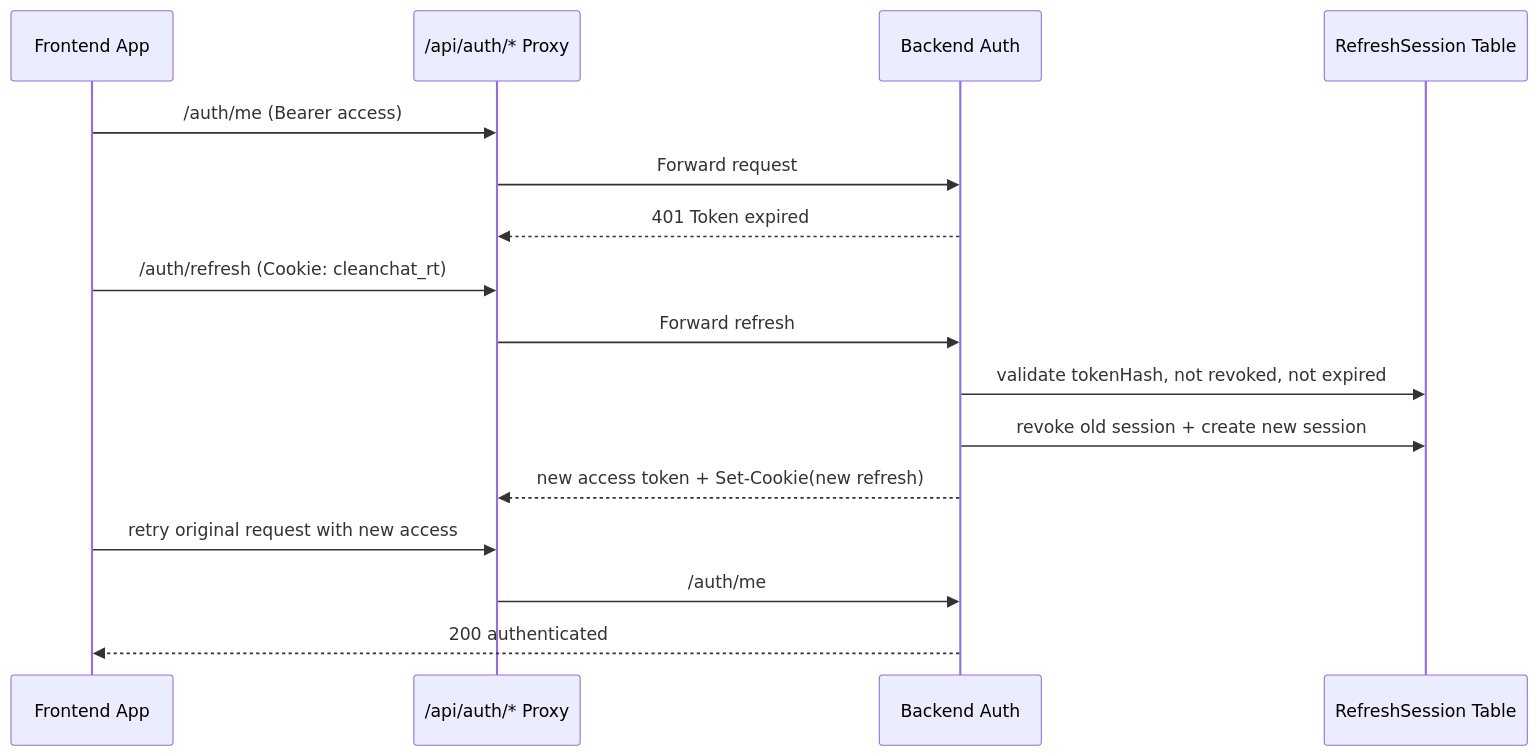
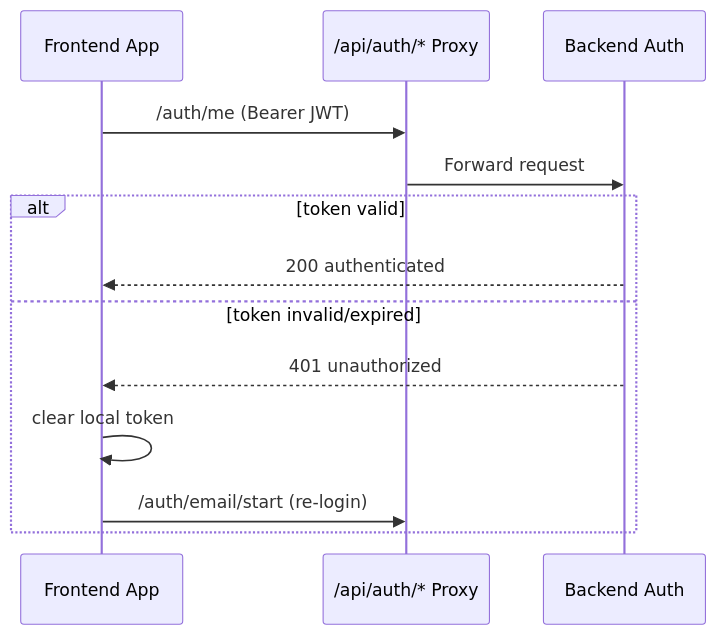
One commit to Jeff-zhang921/CleanChat changed the first of 3 diagrams in README.md. Above: the diagram before and after it, drawn with Mermaid. The commit also changed other lines of this file and 12 other files, not shown here.

````diff
--- a/README.md
+++ b/README.md
@@ -79,19 +78,16 @@
 ```mermaid
 sequenceDiagram
   participant App as Frontend App
   participant API as /api/auth/* Proxy
   participant Auth as Backend Auth
-  participant DB as RefreshSession Table
 
-  App->>API: /auth/me (Bearer access)
+  App->>API: /auth/me (Bearer JWT)
   API->>Auth: Forward request
-  Auth-->>API: 401 Token expired
-  App->>API: /auth/refresh (Cookie: cleanchat_rt)
-  API->>Auth: Forward refresh
-  Auth->>DB: validate tokenHash, not revoked, not expired
-  Auth->>DB: revoke old session + create new session
-  Auth-->>API: new access token + Set-Cookie(new refresh)
-  App->>API: retry original request with new access
-  API->>Auth: /auth/me
-  Auth-->>App: 200 authenticated
+  alt token valid
+    Auth-->>App: 200 authenticated
+  else token invalid/expired
+    Auth-->>App: 401 unauthorized
+    App->>App: clear local token
+    App->>API: /auth/email/start (re-login)
+  end
 ```
````
